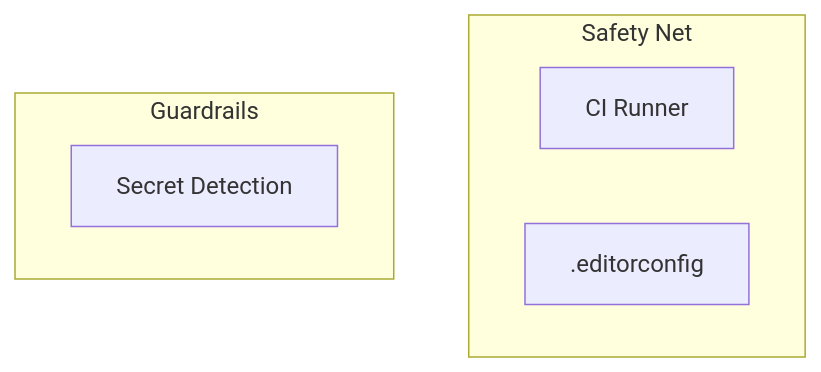
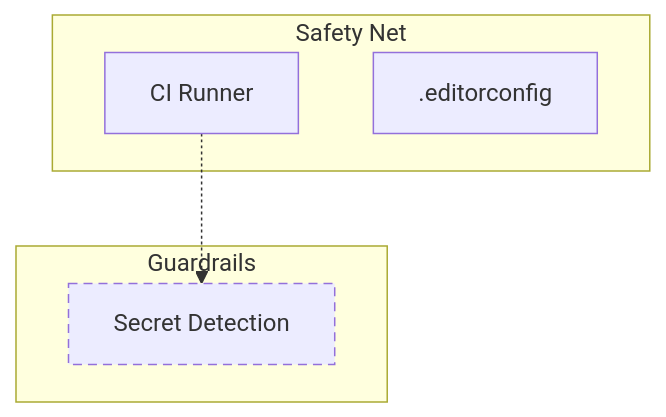
One commit to Art4/continuous-refactoring changed the diagram in docs/tooling/packs/generic.md. Above: the diagram before and after it, drawn with Mermaid. The commit also changed other lines of this file and 21 other files, not shown here.

First line of the commit message:
Secret Detection on request; the history scan runs on its own

````diff
--- a/docs/tooling/packs/generic.md
+++ b/docs/tooling/packs/generic.md
@@ -9,10 +9,13 @@
 ```mermaid
 flowchart TD
   subgraph t_safety_net["Safety Net"]
     s_ci_runner["CI Runner"]
     s_editorconfig[".editorconfig"]
   end
   subgraph t_guardrails["Guardrails"]
     s_secret_detection["Secret Detection"]
   end
+  s_ci_runner -.-> s_secret_detection
+  classDef onRequest stroke-dasharray: 6 4
+  class s_secret_detection onRequest
 ```
````
